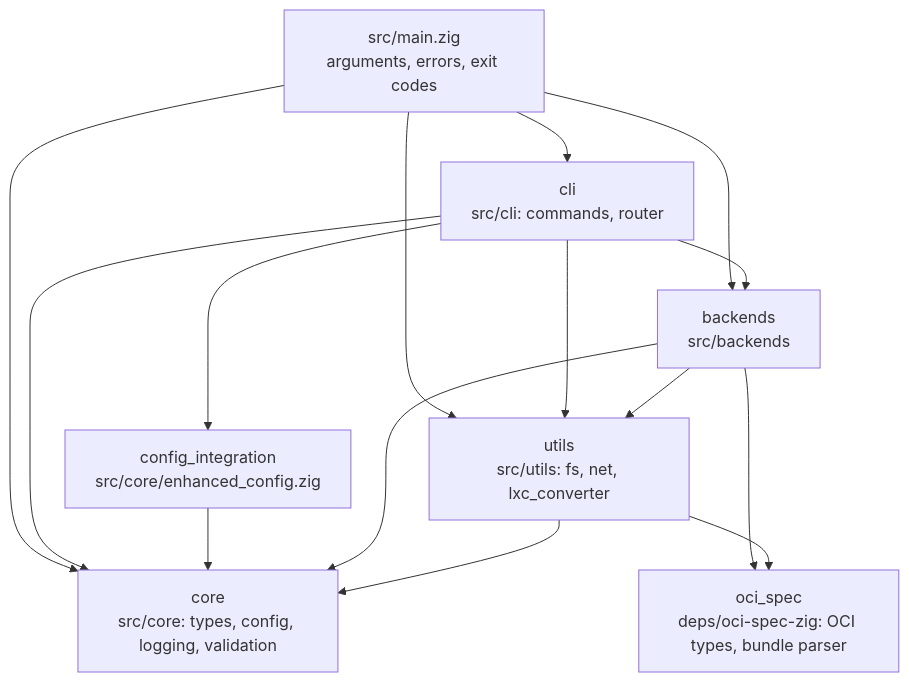
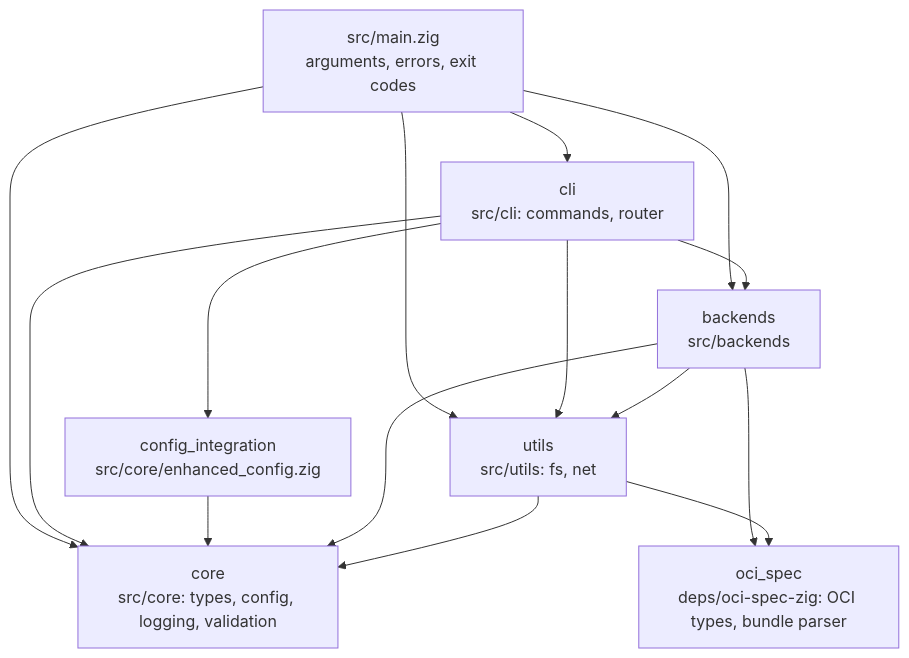
Before and after one commit to CageForge/nexcage: the diagram in docs/architecture/MODULES.md, drawn with Mermaid. The commit also changed 20 other files, not shown here.

````diff
--- a/docs/architecture/MODULES.md
+++ b/docs/architecture/MODULES.md
@@ -6,25 +6,25 @@
 ```mermaid
 flowchart TB
   main["src/main.zig<br/>arguments, errors, exit codes"]
   cli["cli<br/>src/cli: commands, router"]
   core["core<br/>src/core: types, config, logging, validation"]
   backends["backends<br/>src/backends"]
-  utils["utils<br/>src/utils: fs, net, lxc_converter"]
+  utils["utils<br/>src/utils: fs, net"]
   cfg["config_integration<br/>src/core/enhanced_config.zig"]
   oci["oci_spec<br/>deps/oci-spec-zig: OCI types, bundle parser"]
 
   main --> cli
   main --> core
   main --> backends
   main --> utils
   cli --> core
   cli --> backends
   cli --> utils
   cli --> cfg
   cfg --> core
   backends --> core
   backends --> utils
   backends --> oci
   utils --> core
   utils --> oci
 ```
````
